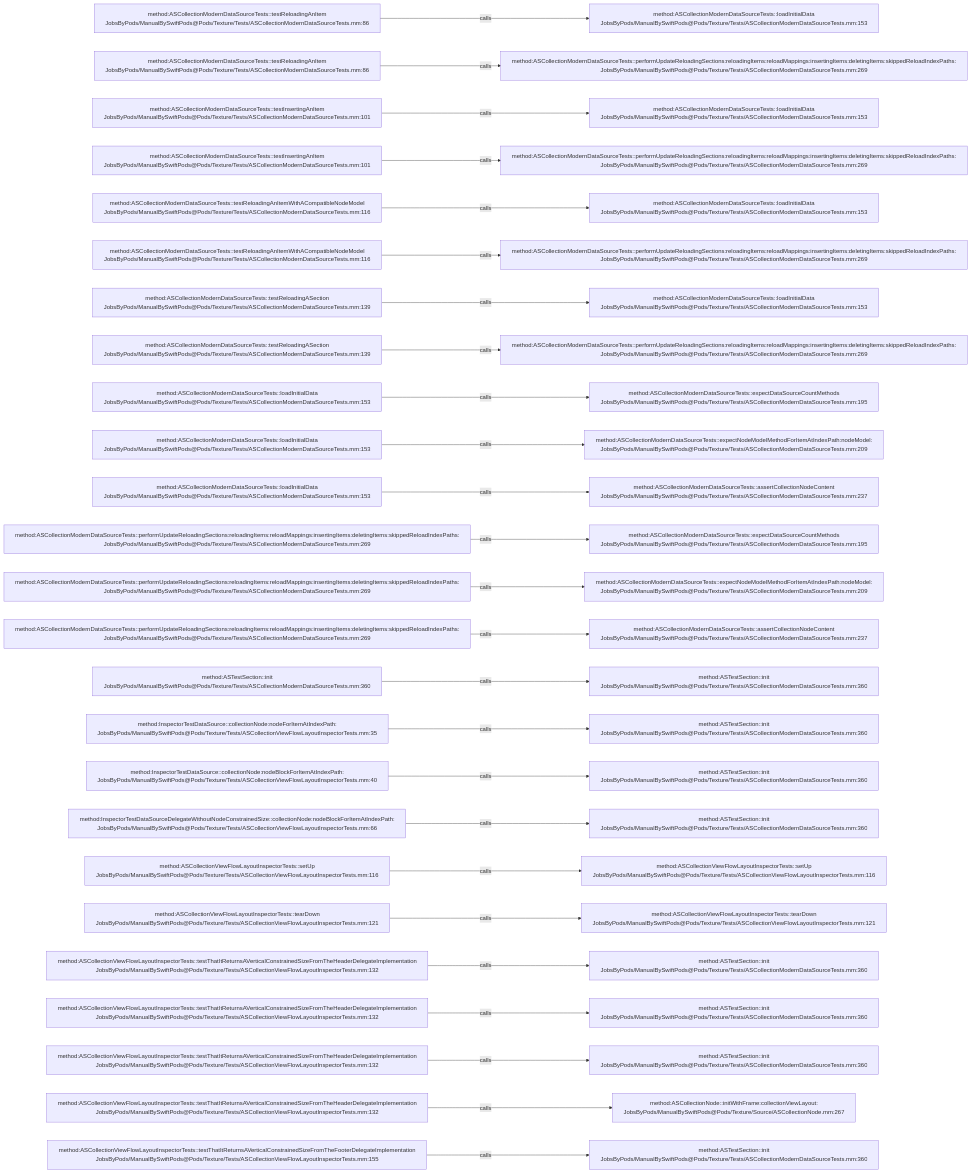
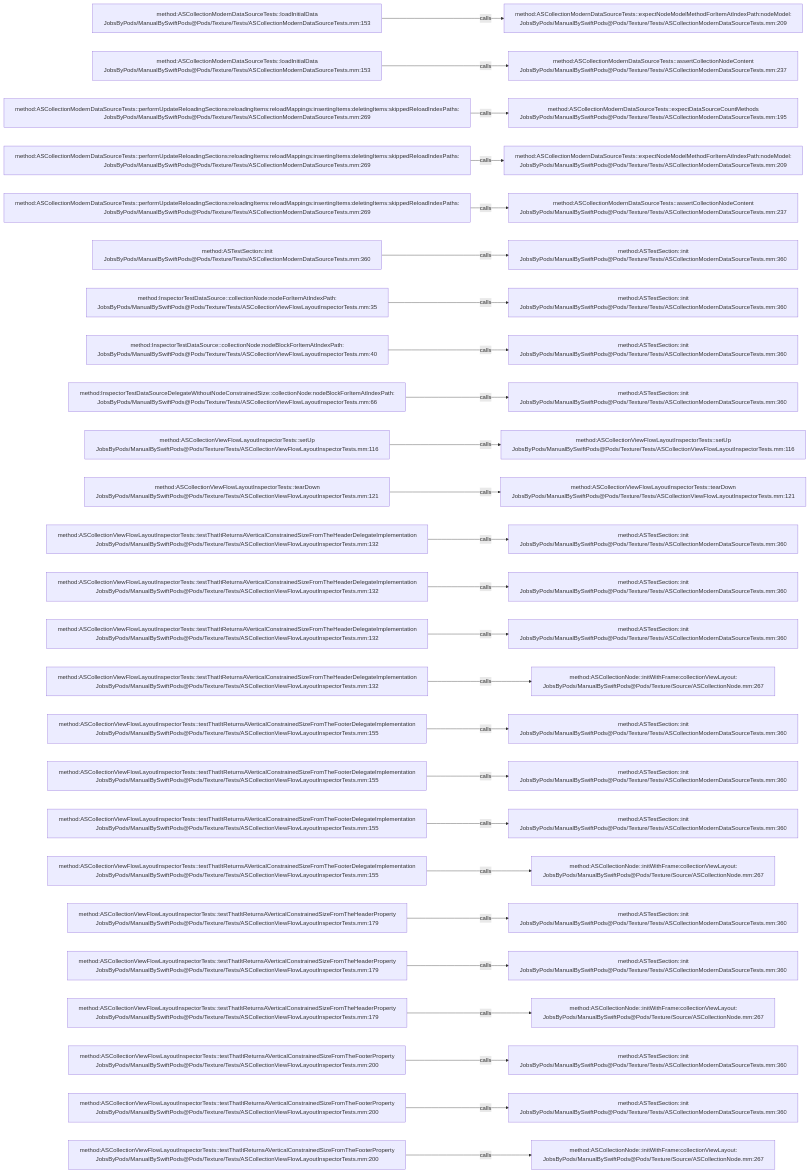
Before and after one commit to JobsKits/JobsSwiftBaseConfigDemo: the diagram in .codegraph/codegraph.md/graphs/calls-168.md, drawn with Mermaid. The commit also changed 707 other files, not shown here.

````diff
--- a/.codegraph/codegraph.md/graphs/calls-168.md
+++ b/.codegraph/codegraph.md/graphs/calls-168.md
@@ -13,78 +13,78 @@
 ```mermaid
 flowchart LR
-  S1["method:ASCollectionModernDataSourceTests::testReloadingAnItem<br/>JobsByPods/ManualBySwiftPods@Pods/Texture/Tests/ASCollectionModernDataSourceTests.mm:86"]
-  T1["method:ASCollectionModernDataSourceTests::loadInitialData<br/>JobsByPods/ManualBySwiftPods@Pods/Texture/Tests/ASCollectionModernDataSourceTests.mm:153"]
+  S1["method:ASCollectionModernDataSourceTests::loadInitialData<br/>JobsByPods/ManualBySwiftPods@Pods/Texture/Tests/ASCollectionModernDataSourceTests.mm:153"]
+  T1["method:ASCollectionModernDataSourceTests::expectNodeModelMethodForItemAtIndexPath:nodeModel:<br/>JobsByPods/ManualBySwiftPods@Pods/Texture/Tests/ASCollectionModernDataSourceTests.mm:209"]
   S1 -->|calls| T1
-  S2["method:ASCollectionModernDataSourceTests::testReloadingAnItem<br/>JobsByPods/ManualBySwiftPods@Pods/Texture/Tests/ASCollectionModernDataSourceTests.mm:86"]
-  T2["method:ASCollectionModernDataSourceTests::performUpdateReloadingSections:reloadingItems:reloadMappings:insertingItems:deletingItems:skippedReloadIndexPaths:<br/>JobsByPods/ManualBySwiftPods@Pods/Texture/Tests/ASCollectionModernDataSourceTests.mm:269"]
+  S2["method:ASCollectionModernDataSourceTests::loadInitialData<br/>JobsByPods/ManualBySwiftPods@Pods/Texture/Tests/ASCollectionModernDataSourceTests.mm:153"]
+  T2["method:ASCollectionModernDataSourceTests::assertCollectionNodeContent<br/>JobsByPods/ManualBySwiftPods@Pods/Texture/Tests/ASCollectionModernDataSourceTests.mm:237"]
   S2 -->|calls| T2
-  S3["method:ASCollectionModernDataSourceTests::testInsertingAnItem<br/>JobsByPods/ManualBySwiftPods@Pods/Texture/Tests/ASCollectionModernDataSourceTests.mm:101"]
-  T3["method:ASCollectionModernDataSourceTests::loadInitialData<br/>JobsByPods/ManualBySwiftPods@Pods/Texture/Tests/ASCollectionModernDataSourceTests.mm:153"]
+  S3["method:ASCollectionModernDataSourceTests::performUpdateReloadingSections:reloadingItems:reloadMappings:insertingItems:deletingItems:skippedReloadIndexPaths:<br/>JobsByPods/ManualBySwiftPods@Pods/Texture/Tests/ASCollectionModernDataSourceTests.mm:269"]
+  T3["method:ASCollectionModernDataSourceTests::expectDataSourceCountMethods<br/>JobsByPods/ManualBySwiftPods@Pods/Texture/Tests/ASCollectionModernDataSourceTests.mm:195"]
   S3 -->|calls| T3
-  S4["method:ASCollectionModernDataSourceTests::testInsertingAnItem<br/>JobsByPods/ManualBySwiftPods@Pods/Texture/Tests/ASCollectionModernDataSourceTests.mm:101"]
-  T4["method:ASCollectionModernDataSourceTests::performUpdateReloadingSections:reloadingItems:reloadMappings:insertingItems:deletingItems:skippedReloadIndexPaths:<br/>JobsByPods/ManualBySwiftPods@Pods/Texture/Tests/ASCollectionModernDataSourceTests.mm:269"]
+  S4["method:ASCollectionModernDataSourceTests::performUpdateReloadingSections:reloadingItems:reloadMappings:insertingItems:deletingItems:skippedReloadIndexPaths:<br/>JobsByPods/ManualBySwiftPods@Pods/Texture/Tests/ASCollectionModernDataSourceTests.mm:269"]
+  T4["method:ASCollectionModernDataSourceTests::expectNodeModelMethodForItemAtIndexPath:nodeModel:<br/>JobsByPods/ManualBySwiftPods@Pods/Texture/Tests/ASCollectionModernDataSourceTests.mm:209"]
   S4 -->|calls| T4
-  S5["method:ASCollectionModernDataSourceTests::testReloadingAnItemWithACompatibleNodeModel<br/>JobsByPods/ManualBySwiftPods@Pods/Texture/Tests/ASCollectionModernDataSourceTests.mm:116"]
-  T5["method:ASCollectionModernDataSourceTests::loadInitialData<br/>JobsByPods/ManualBySwiftPods@Pods/Texture/Tests/ASCollectionModernDataSourceTests.mm:153"]
+  S5["method:ASCollectionModernDataSourceTests::performUpdateReloadingSections:reloadingItems:reloadMappings:insertingItems:deletingItems:skippedReloadIndexPaths:<br/>JobsByPods/ManualBySwiftPods@Pods/Texture/Tests/ASCollectionModernDataSourceTests.mm:269"]
+  T5["method:ASCollectionModernDataSourceTests::assertCollectionNodeContent<br/>JobsByPods/ManualBySwiftPods@Pods/Texture/Tests/ASCollectionModernDataSourceTests.mm:237"]
   S5 -->|calls| T5
-  S6["method:ASCollectionModernDataSourceTests::testReloadingAnItemWithACompatibleNodeModel<br/>JobsByPods/ManualBySwiftPods@Pods/Texture/Tests/ASCollectionModernDataSourceTests.mm:116"]
-  T6["method:ASCollectionModernDataSourceTests::performUpdateReloadingSections:reloadingItems:reloadMappings:insertingItems:deletingItems:skippedReloadIndexPaths:<br/>JobsByPods/ManualBySwiftPods@Pods/Texture/Tests/ASCollectionModernDataSourceTests.mm:269"]
+  S6["method:ASTestSection::init<br/>JobsByPods/ManualBySwiftPods@Pods/Texture/Tests/ASCollectionModernDataSourceTests.mm:360"]
+  T6["method:ASTestSection::init<br/>JobsByPods/ManualBySwiftPods@Pods/Texture/Tests/ASCollectionModernDataSourceTests.mm:360"]
   S6 -->|calls| T6
-  S7["method:ASCollectionModernDataSourceTests::testReloadingASection<br/>JobsByPods/ManualBySwiftPods@Pods/Texture/Tests/ASCollectionModernDataSourceTests.mm:139"]
-  T7["method:ASCollectionModernDataSourceTests::loadInitialData<br/>JobsByPods/ManualBySwiftPods@Pods/Texture/Tests/ASCollectionModernDataSourceTests.mm:153"]
+  S7["method:InspectorTestDataSource::collectionNode:nodeForItemAtIndexPath:<br/>JobsByPods/ManualBySwiftPods@Pods/Texture/Tests/ASCollectionViewFlowLayoutInspectorTests.mm:35"]
+  T7["method:ASTestSection::init<br/>JobsByPods/ManualBySwiftPods@Pods/Texture/Tests/ASCollectionModernDataSourceTests.mm:360"]
   S7 -->|calls| T7
-  S8["method:ASCollectionModernDataSourceTests::testReloadingASection<br/>JobsByPods/ManualBySwiftPods@Pods/Texture/Tests/ASCollectionModernDataSourceTests.mm:139"]
-  T8["method:ASCollectionModernDataSourceTests::performUpdateReloadingSections:reloadingItems:reloadMappings:insertingItems:deletingItems:skippedReloadIndexPaths:<br/>JobsByPods/ManualBySwiftPods@Pods/Texture/Tests/ASCollectionModernDataSourceTests.mm:269"]
+  S8["method:InspectorTestDataSource::collectionNode:nodeBlockForItemAtIndexPath:<br/>JobsByPods/ManualBySwiftPods@Pods/Texture/Tests/ASCollectionViewFlowLayoutInspectorTests.mm:40"]
+  T8["method:ASTestSection::init<br/>JobsByPods/ManualBySwiftPods@Pods/Texture/Tests/ASCollectionModernDataSourceTests.mm:360"]
   S8 -->|calls| T8
-  S9["method:ASCollectionModernDataSourceTests::loadInitialData<br/>JobsByPods/ManualBySwiftPods@Pods/Texture/Tests/ASCollectionModernDataSourceTests.mm:153"]
-  T9["method:ASCollectionModernDataSourceTests::expectDataSourceCountMethods<br/>JobsByPods/ManualBySwiftPods@Pods/Texture/Tests/ASCollectionModernDataSourceTests.mm:195"]
+  S9["method:InspectorTestDataSourceDelegateWithoutNodeConstrainedSize::collectionNode:nodeBlockForItemAtIndexPath:<br/>JobsByPods/ManualBySwiftPods@Pods/Texture/Tests/ASCollectionViewFlowLayoutInspectorTests.mm:66"]
+  T9["method:ASTestSection::init<br/>JobsByPods/ManualBySwiftPods@Pods/Texture/Tests/ASCollectionModernDataSourceTests.mm:360"]
   S9 -->|calls| T9
-  S10["method:ASCollectionModernDataSourceTests::loadInitialData<br/>JobsByPods/ManualBySwiftPods@Pods/Texture/Tests/ASCollectionModernDataSourceTests.mm:153"]
-  T10["method:ASCollectionModernDataSourceTests::expectNodeModelMethodForItemAtIndexPath:nodeModel:<br/>JobsByPods/ManualBySwiftPods@Pods/Texture/Tests/ASCollectionModernDataSourceTests.mm:209"]
+  S10["method:ASCollectionViewFlowLayoutInspectorTests::setUp<br/>JobsByPods/ManualBySwiftPods@Pods/Texture/Tests/ASCollectionViewFlowLayoutInspectorTests.mm:116"]
+  T10["method:ASCollectionViewFlowLayoutInspectorTests::setUp<br/>JobsByPods/ManualBySwiftPods@Pods/Texture/Tests/ASCollectionViewFlowLayoutInspectorTests.mm:116"]
   S10 -->|calls| T10
-  S11["method:ASCollectionModernDataSourceTests::loadInitialData<br/>JobsByPods/ManualBySwiftPods@Pods/Texture/Tests/ASCollectionModernDataSourceTests.mm:153"]
-  T11["method:ASCollectionModernDataSourceTests::assertCollectionNodeContent<br/>JobsByPods/ManualBySwiftPods@Pods/Texture/Tests/ASCollectionModernDataSourceTests.mm:237"]
+  S11["method:ASCollectionViewFlowLayoutInspectorTests::tearDown<br/>JobsByPods/ManualBySwiftPods@Pods/Texture/Tests/ASCollectionViewFlowLayoutInspectorTests.mm:121"]
+  T11["method:ASCollectionViewFlowLayoutInspectorTests::tearDown<br/>JobsByPods/ManualBySwiftPods@Pods/Texture/Tests/ASCollectionViewFlowLayoutInspectorTests.mm:121"]
   S11 -->|calls| T11
-  S12["method:ASCollectionModernDataSourceTests::performUpdateReloadingSections:reloadingItems:reloadMappings:insertingItems:deletingItems:skippedReloadIndexPaths:<br/>JobsByPods/ManualBySwiftPods@Pods/Texture/Tests/ASCollectionModernDataSourceTests.mm:269"]
-  T12["method:ASCollectionModernDataSourceTests::expectDataSourceCountMethods<br/>JobsByPods/ManualBySwiftPods@Pods/Texture/Tests/ASCollectionModernDataSourceTests.mm:195"]
+  S12["method:ASCollectionViewFlowLayoutInspectorTests::testThatItReturnsAVerticalConstrainedSizeFromTheHeaderDelegateImplementation<br/>JobsByPods/ManualBySwiftPods@Pods/Texture/Tests/ASCollectionViewFlowLayoutInspectorTests.mm:132"]
+  T12["method:ASTestSection::init<br/>JobsByPods/ManualBySwiftPods@Pods/Texture/Tests/ASCollectionModernDataSourceTests.mm:360"]
   S12 -->|calls| T12
-  S13["method:ASCollectionModernDataSourceTests::performUpdateReloadingSections:reloadingItems:reloadMappings:insertingItems:deletingItems:skippedReloadIndexPaths:<br/>JobsByPods/ManualBySwiftPods@Pods/Texture/Tests/ASCollectionModernDataSourceTests.mm:269"]
-  T13["method:ASCollectionModernDataSourceTests::expectNodeModelMethodForItemAtIndexPath:nodeModel:<br/>JobsByPods/ManualBySwiftPods@Pods/Texture/Tests/ASCollectionModernDataSourceTests.mm:209"]
+  S13["method:ASCollectionViewFlowLayoutInspectorTests::testThatItReturnsAVerticalConstrainedSizeFromTheHeaderDelegateImplementation<br/>JobsByPods/ManualBySwiftPods@Pods/Texture/Tests/ASCollectionViewFlowLayoutInspectorTests.mm:132"]
+  T13["method:ASTestSection::init<br/>JobsByPods/ManualBySwiftPods@Pods/Texture/Tests/ASCollectionModernDataSourceTests.mm:360"]
   S13 -->|calls| T13
-  S14["method:ASCollectionModernDataSourceTests::performUpdateReloadingSections:reloadingItems:reloadMappings:insertingItems:deletingItems:skippedReloadIndexPaths:<br/>JobsByPods/ManualBySwiftPods@Pods/Texture/Tests/ASCollectionModernDataSourceTests.mm:269"]
-  T14["method:ASCollectionModernDataSourceTests::assertCollectionNodeContent<br/>JobsByPods/ManualBySwiftPods@Pods/Texture/Tests/ASCollectionModernDataSourceTests.mm:237"]
+  S14["method:ASCollectionViewFlowLayoutInspectorTests::testThatItReturnsAVerticalConstrainedSizeFromTheHeaderDelegateImplementation<br/>JobsByPods/ManualBySwiftPods@Pods/Texture/Tests/ASCollectionViewFlowLayoutInspectorTests.mm:132"]
+  T14["method:ASTestSection::init<br/>JobsByPods/ManualBySwiftPods@Pods/Texture/Tests/ASCollectionModernDataSourceTests.mm:360"]
   S14 -->|calls| T14
-  S15["method:ASTestSection::init<br/>JobsByPods/ManualBySwiftPods@Pods/Texture/Tests/ASCollectionModernDataSourceTests.mm:360"]
-  T15["method:ASTestSection::init<br/>JobsByPods/ManualBySwiftPods@Pods/Texture/Tests/ASCollectionModernDataSourceTests.mm:360"]
+  S15["method:ASCollectionViewFlowLayoutInspectorTests::testThatItReturnsAVerticalConstrainedSizeFromTheHeaderDelegateImplementation<br/>JobsByPods/ManualBySwiftPods@Pods/Texture/Tests/ASCollectionViewFlowLayoutInspectorTests.mm:132"]
+  T15["method:ASCollectionNode::initWithFrame:collectionViewLayout:<br/>JobsByPods/ManualBySwiftPods@Pods/Texture/Source/ASCollectionNode.mm:267"]
   S15 -->|calls| T15
-  S16["method:InspectorTestDataSource::collectionNode:nodeForItemAtIndexPath:<br/>JobsByPods/ManualBySwiftPods@Pods/Texture/Tests/ASCollectionViewFlowLayoutInspectorTests.mm:35"]
+  S16["method:ASCollectionViewFlowLayoutInspectorTests::testThatItReturnsAVerticalConstrainedSizeFromTheFooterDelegateImplementation<br/>JobsByPods/ManualBySwiftPods@Pods/Texture/Tests/ASCollectionViewFlowLayoutInspectorTests.mm:155"]
   T16["method:ASTestSection::init<br/>JobsByPods/ManualBySwiftPods@Pods/Texture/Tests/ASCollectionModernDataSourceTests.mm:360"]
   S16 -->|calls| T16
-  S17["method:InspectorTestDataSource::collectionNode:nodeBlockForItemAtIndexPath:<br/>JobsByPods/ManualBySwiftPods@Pods/Texture/Tests/ASCollectionViewFlowLayoutInspectorTests.mm:40"]
+  S17["method:ASCollectionViewFlowLayoutInspectorTests::testThatItReturnsAVerticalConstrainedSizeFromTheFooterDelegateImplementation<br/>JobsByPods/ManualBySwiftPods@Pods/Texture/Tests/ASCollectionViewFlowLayoutInspectorTests.mm:155"]
   T17["method:ASTestSection::init<br/>JobsByPods/ManualBySwiftPods@Pods/Texture/Tests/ASCollectionModernDataSourceTests.mm:360"]
   S17 -->|calls| T17
-  S18["method:InspectorTestDataSourceDelegateWithoutNodeConstrainedSize::collectionNode:nodeBlockForItemAtIndexPath:<br/>JobsByPods/ManualBySwiftPods@Pods/Texture/Tests/ASCollectionViewFlowLayoutInspectorTests.mm:66"]
+  S18["method:ASCollectionViewFlowLayoutInspectorTests::testThatItReturnsAVerticalConstrainedSizeFromTheFooterDelegateImplementation<br/>JobsByPods/ManualBySwiftPods@Pods/Texture/Tests/ASCollectionViewFlowLayoutInspectorTests.mm:155"]
   T18["method:ASTestSection::init<br/>JobsByPods/ManualBySwiftPods@Pods/Texture/Tests/ASCollectionModernDataSourceTests.mm:360"]
   S18 -->|calls| T18
-  S19["method:ASCollectionViewFlowLayoutInspectorTests::setUp<br/>JobsByPods/ManualBySwiftPods@Pods/Texture/Tests/ASCollectionViewFlowLayoutInspectorTests.mm:116"]
-  T19["method:ASCollectionViewFlowLayoutInspectorTests::setUp<br/>JobsByPods/ManualBySwiftPods@Pods/Texture/Tests/ASCollectionViewFlowLayoutInspectorTests.mm:116"]
+  S19["method:ASCollectionViewFlowLayoutInspectorTests::testThatItReturnsAVerticalConstrainedSizeFromTheFooterDelegateImplementation<br/>JobsByPods/ManualBySwiftPods@Pods/Texture/Tests/ASCollectionViewFlowLayoutInspectorTests.mm:155"]
+  T19["method:ASCollectionNode::initWithFrame:collectionViewLayout:<br/>JobsByPods/ManualBySwiftPods@Pods/Texture/Source/ASCollectionNode.mm:267"]
   S19 -->|calls| T19
-  S20["method:ASCollectionViewFlowLayoutInspectorTests::tearDown<br/>JobsByPods/ManualBySwiftPods@Pods/Texture/Tests/ASCollectionViewFlowLayoutInspectorTests.mm:121"]
-  T20["method:ASCollectionViewFlowLayoutInspectorTests::tearDown<br/>JobsByPods/ManualBySwiftPods@Pods/Texture/Tests/ASCollectionViewFlowLayoutInspectorTests.mm:121"]
+  S20["method:ASCollectionViewFlowLayoutInspectorTests::testThatItReturnsAVerticalConstrainedSizeFromTheHeaderProperty<br/>JobsByPods/ManualBySwiftPods@Pods/Texture/Tests/ASCollectionViewFlowLayoutInspectorTests.mm:179"]
+  T20["method:ASTestSection::init<br/>JobsByPods/ManualBySwiftPods@Pods/Texture/Tests/ASCollectionModernDataSourceTests.mm:360"]
   S20 -->|calls| T20
-  S21["method:ASCollectionViewFlowLayoutInspectorTests::testThatItReturnsAVerticalConstrainedSizeFromTheHeaderDelegateImplementation<br/>JobsByPods/ManualBySwiftPods@Pods/Texture/Tests/ASCollectionViewFlowLayoutInspectorTests.mm:132"]
+  S21["method:ASCollectionViewFlowLayoutInspectorTests::testThatItReturnsAVerticalConstrainedSizeFromTheHeaderProperty<br/>JobsByPods/ManualBySwiftPods@Pods/Texture/Tests/ASCollectionViewFlowLayoutInspectorTests.mm:179"]
   T21["method:ASTestSection::init<br/>JobsByPods/ManualBySwiftPods@Pods/Texture/Tests/ASCollectionModernDataSourceTests.mm:360"]
   S21 -->|calls| T21
-  S22["method:ASCollectionViewFlowLayoutInspectorTests::testThatItReturnsAVerticalConstrainedSizeFromTheHeaderDelegateImplementation<br/>JobsByPods/ManualBySwiftPods@Pods/Texture/Tests/ASCollectionViewFlowLayoutInspectorTests.mm:132"]
-  T22["method:ASTestSection::init<br/>JobsByPods/ManualBySwiftPods@Pods/Texture/Tests/ASCollectionModernDataSourceTests.mm:360"]
+  S22["method:ASCollectionViewFlowLayoutInspectorTests::testThatItReturnsAVerticalConstrainedSizeFromTheHeaderProperty<br/>JobsByPods/ManualBySwiftPods@Pods/Texture/Tests/ASCollectionViewFlowLayoutInspectorTests.mm:179"]
+  T22["method:ASCollectionNode::initWithFrame:collectionViewLayout:<br/>JobsByPods/ManualBySwiftPods@Pods/Texture/Source/ASCollectionNode.mm:267"]
   S22 -->|calls| T22
-  S23["method:ASCollectionViewFlowLayoutInspectorTests::testThatItReturnsAVerticalConstrainedSizeFromTheHeaderDelegateImplementation<br/>JobsByPods/ManualBySwiftPods@Pods/Texture/Tests/ASCollectionViewFlowLayoutInspectorTests.mm:132"]
+  S23["method:ASCollectionViewFlowLayoutInspectorTests::testThatItReturnsAVerticalConstrainedSizeFromTheFooterProperty<br/>JobsByPods/ManualBySwiftPods@Pods/Texture/Tests/ASCollectionViewFlowLayoutInspectorTests.mm:200"]
   T23["method:ASTestSection::init<br/>JobsByPods/ManualBySwiftPods@Pods/Texture/Tests/ASCollectionModernDataSourceTests.mm:360"]
   S23 -->|calls| T23
-  S24["method:ASCollectionViewFlowLayoutInspectorTests::testThatItReturnsAVerticalConstrainedSizeFromTheHeaderDelegateImplementation<br/>JobsByPods/ManualBySwiftPods@Pods/Texture/Tests/ASCollectionViewFlowLayoutInspectorTests.mm:132"]
-  T24["method:ASCollectionNode::initWithFrame:collectionViewLayout:<br/>JobsByPods/ManualBySwiftPods@Pods/Texture/Source/ASCollectionNode.mm:267"]
+  S24["method:ASCollectionViewFlowLayoutInspectorTests::testThatItReturnsAVerticalConstrainedSizeFromTheFooterProperty<br/>JobsByPods/ManualBySwiftPods@Pods/Texture/Tests/ASCollectionViewFlowLayoutInspectorTests.mm:200"]
+  T24["method:ASTestSection::init<br/>JobsByPods/ManualBySwiftPods@Pods/Texture/Tests/ASCollectionModernDataSourceTests.mm:360"]
   S24 -->|calls| T24
-  S25["method:ASCollectionViewFlowLayoutInspectorTests::testThatItReturnsAVerticalConstrainedSizeFromTheFooterDelegateImplementation<br/>JobsByPods/ManualBySwiftPods@Pods/Texture/Tests/ASCollectionViewFlowLayoutInspectorTests.mm:155"]
-  T25["method:ASTestSection::init<br/>JobsByPods/ManualBySwiftPods@Pods/Texture/Tests/ASCollectionModernDataSourceTests.mm:360"]
+  S25["method:ASCollectionViewFlowLayoutInspectorTests::testThatItReturnsAVerticalConstrainedSizeFromTheFooterProperty<br/>JobsByPods/ManualBySwiftPods@Pods/Texture/Tests/ASCollectionViewFlowLayoutInspectorTests.mm:200"]
+  T25["method:ASCollectionNode::initWithFrame:collectionViewLayout:<br/>JobsByPods/ManualBySwiftPods@Pods/Texture/Source/ASCollectionNode.mm:267"]
   S25 -->|calls| T25
 ```
````
